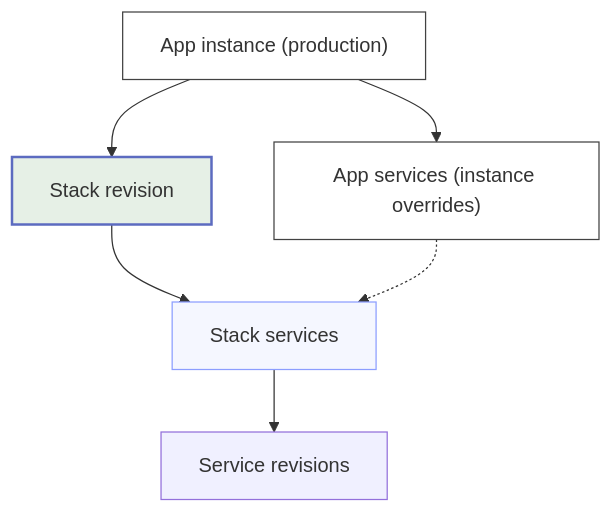
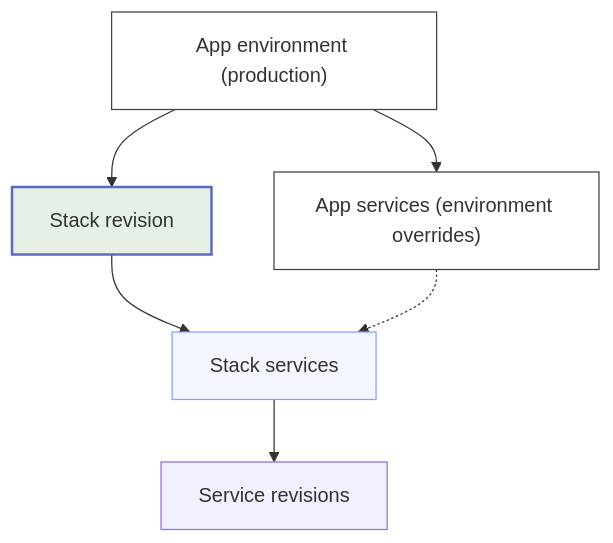
The diagram in 2.0/docs/stacks/index.md (wodby/docs), drawn with Mermaid before and after one commit. The commit also changed other lines of this file and 84 other files, not shown here.

First line of the commit message:
Document app environments and fixed environment types

````diff
--- a/2.0/docs/stacks/index.md
+++ b/2.0/docs/stacks/index.md
@@ -31,21 +31,21 @@
 ```mermaid
 flowchart TD
-    AppInstance["App instance (production)"] --> StackRevision["Stack revision"]
+    AppInstance["App environment (production)"] --> StackRevision["Stack revision"]
     StackRevision --> StackServices["Stack services"]
     StackServices --> ServiceRevisions["Service revisions"]
 
-    AppInstance --> AppServices["App services (instance overrides)"]
+    AppInstance --> AppServices["App services (environment overrides)"]
     AppServices -.-> StackServices
 
     classDef serviceRevision fill:#f0f0ff,stroke:#9370db,stroke-width:1px
     classDef stackRevision fill:#e6f0e6,stroke:#5c6bc0,stroke-width:2px
     classDef stackService fill:#f5f7ff,stroke:#8c9eff,stroke-width:1px
     classDef appInstance fill:#ffffff,stroke:#424242,stroke-width:1px
     classDef appService fill:#ffffff,stroke:#424242,stroke-width:1px
 
     class ServiceRevisions serviceRevision
     class StackRevision stackRevision
     class StackServices stackService
     class AppInstance appInstance
     class AppServices appService
 ```
````
